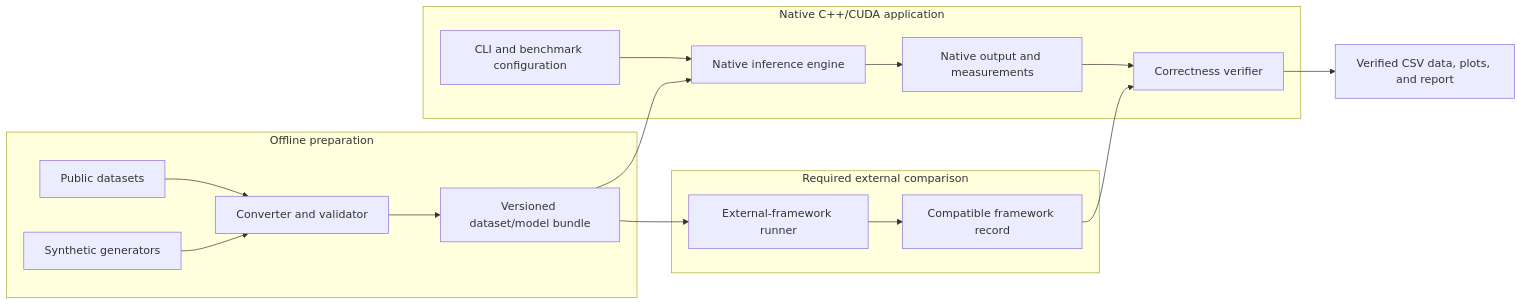
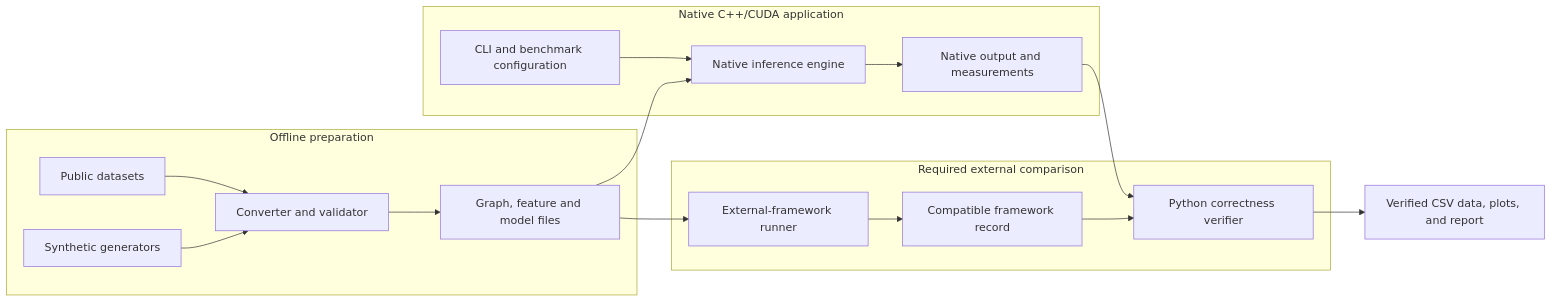
One commit to Alby02/cuda-gnn-inference changed the first of 2 diagrams in doc/architecture.md. Above: the diagram before and after it, drawn with Mermaid. The commit also changed other lines of this file and 3 other files, not shown here.

````diff
--- a/doc/architecture.md
+++ b/doc/architecture.md
@@ -36,37 +36,37 @@
 ```mermaid
 flowchart LR
     subgraph Offline["Offline preparation"]
         Public["Public datasets"]
         Synthetic["Synthetic generators"]
         Convert["Converter and validator"]
-        Bundle["Versioned dataset/model bundle"]
+        InputFiles["Graph, feature and model files"]
 
         Public --> Convert
         Synthetic --> Convert
-        Convert --> Bundle
+        Convert --> InputFiles
     end
 
     subgraph Native["Native C++/CUDA application"]
         CLI["CLI and benchmark configuration"]
         Engine["Native inference engine"]
         NativeRecord["Native output and measurements"]
-        Verify["Correctness verifier"]
 
         CLI --> Engine
         Engine --> NativeRecord
     end
 
     subgraph External["Required external comparison"]
+        Verify["Python correctness verifier"]
         Framework["External-framework runner"]
         ExternalRecord["Compatible framework record"]
 
         Framework --> ExternalRecord
     end
 
-    Bundle --> Engine
-    Bundle --> Framework
+    InputFiles --> Engine
+    InputFiles --> Framework
 
     NativeRecord --> Verify
     ExternalRecord --> Verify
     Verify --> Results["Verified CSV data, plots, and report"]
 ```
````
